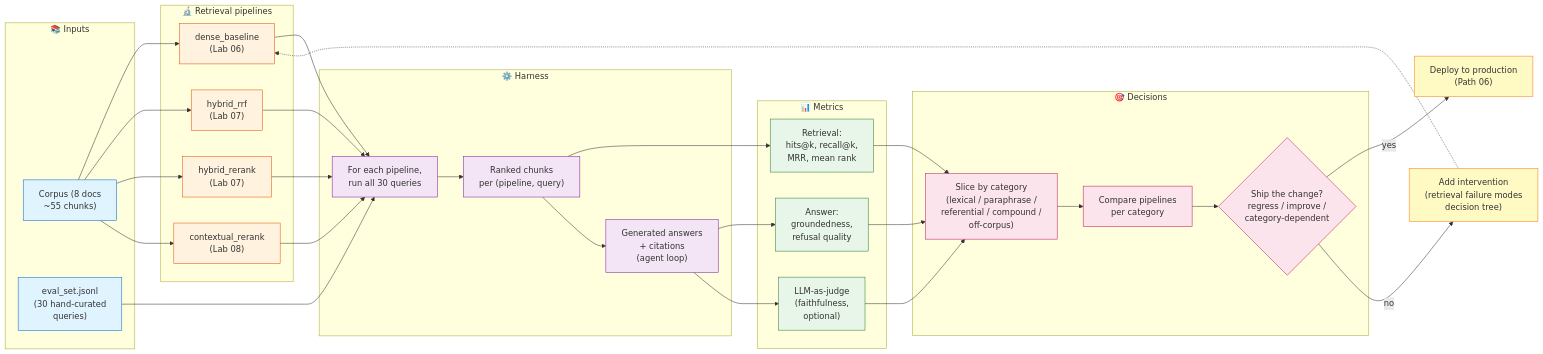
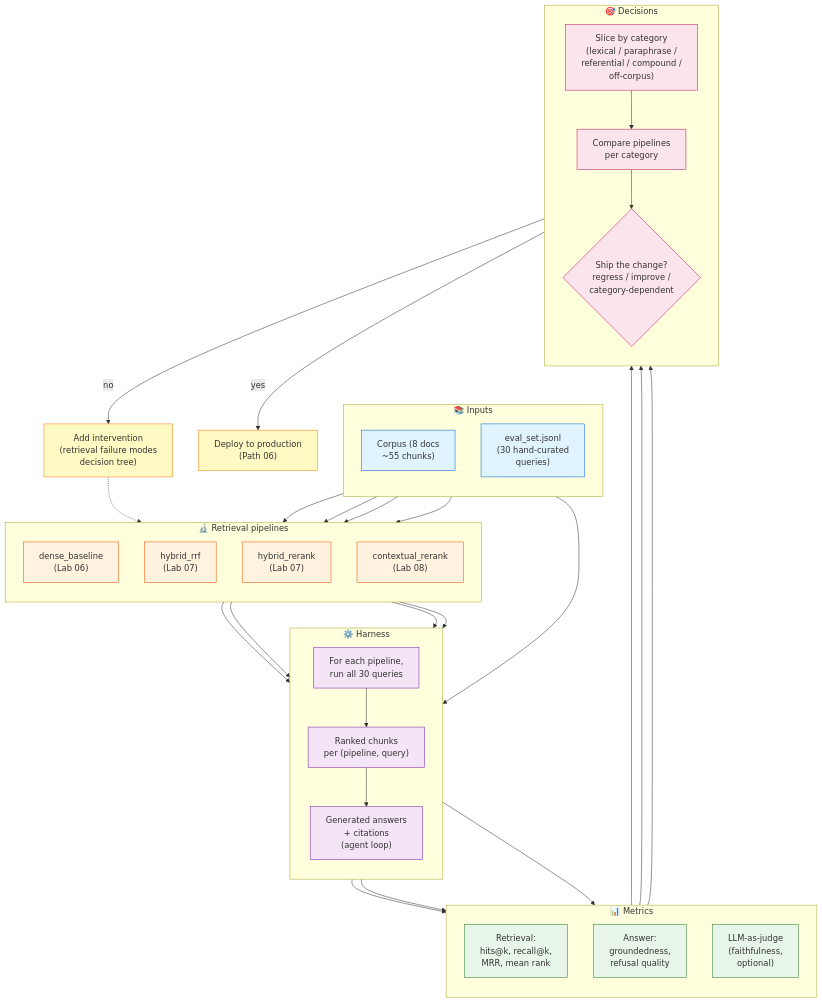
One commit to MHHamdan/Agentic-AI-Engineer changed the diagram in diagrams/rag-evaluation-loop.mmd. Above: the diagram before and after it, drawn with Mermaid.

Commit message:
Refactor RAG evaluation loop diagram structure

```diff
--- a/diagrams/rag-evaluation-loop.mmd
+++ b/diagrams/rag-evaluation-loop.mmd
@@ -1,75 +1,77 @@
-flowchart LR
-    %% RAG evaluation loop:
-    %% corpus → eval set → strategies → answers → metrics → decision
-
+flowchart TD
     subgraph INPUTS["📚 Inputs"]
+        direction TB
         corpus["Corpus (8 docs<br/>~55 chunks)"]
         eval_set["eval_set.jsonl<br/>(30 hand-curated<br/>queries)"]
     end
 
     subgraph PIPELINES["🔬 Retrieval pipelines"]
+        direction TB
         baseline["dense_baseline<br/>(Lab 06)"]
         hybrid_rrf["hybrid_rrf<br/>(Lab 07)"]
         hybrid_rerank["hybrid_rerank<br/>(Lab 07)"]
         contextual["contextual_rerank<br/>(Lab 08)"]
     end
 
     subgraph HARNESS["⚙️ Harness"]
+        direction TB
         run["For each pipeline,<br/>run all 30 queries"]
         chunks["Ranked chunks<br/>per (pipeline, query)"]
         answers["Generated answers<br/>+ citations<br/>(agent loop)"]
     end
 
     subgraph METRICS["📊 Metrics"]
+        direction TB
         retrieval_m["Retrieval:<br/>hits@k, recall@k,<br/>MRR, mean rank"]
         answer_m["Answer:<br/>groundedness,<br/>refusal quality"]
         judge["LLM-as-judge<br/>(faithfulness,<br/>optional)"]
     end
 
     subgraph DECISIONS["🎯 Decisions"]
+        direction TB
         slice["Slice by category<br/>(lexical / paraphrase /<br/>referential / compound /<br/>off-corpus)"]
         compare["Compare pipelines<br/>per category"]
         ship{"Ship the change?<br/>regress / improve /<br/>category-dependent"}
     end
 
     corpus --> baseline
     corpus --> hybrid_rrf
     corpus --> hybrid_rerank
     corpus --> contextual
 
     eval_set --> run
 
     baseline --> run
     hybrid_rrf --> run
     hybrid_rerank --> run
     contextual --> run
 
     run --> chunks
     chunks --> retrieval_m
     chunks --> answers
     answers --> answer_m
     answers --> judge
 
     retrieval_m --> slice
     answer_m --> slice
     judge --> slice
     slice --> compare
     compare --> ship
 
     ship -- "yes" --> production["Deploy to production<br/>(Path 06)"]
     ship -- "no" --> intervene["Add intervention<br/>(retrieval failure modes<br/>decision tree)"]
     intervene -.-> baseline
 
-    classDef inputBox fill:#e0f4ff,stroke:#0066cc,stroke-width:1px
-    classDef pipelineBox fill:#fff3e0,stroke:#e65100,stroke-width:1px
-    classDef harnessBox fill:#f3e5f5,stroke:#7b1fa2,stroke-width:1px
-    classDef metricsBox fill:#e8f5e9,stroke:#2e7d32,stroke-width:1px
-    classDef decisionBox fill:#fce4ec,stroke:#c2185b,stroke-width:1px
-    classDef outputBox fill:#fff9c4,stroke:#f57f17,stroke-width:1px
+    classDef inputBox fill:#e0f4ff,stroke:#0066cc,stroke-width:1px;
+    classDef pipelineBox fill:#fff3e0,stroke:#e65100,stroke-width:1px;
+    classDef harnessBox fill:#f3e5f5,stroke:#7b1fa2,stroke-width:1px;
+    classDef metricsBox fill:#e8f5e9,stroke:#2e7d32,stroke-width:1px;
+    classDef decisionBox fill:#fce4ec,stroke:#c2185b,stroke-width:1px;
+    classDef outputBox fill:#fff9c4,stroke:#f57f17,stroke-width:1px;
 
-    class corpus,eval_set inputBox
-    class baseline,hybrid_rrf,hybrid_rerank,contextual pipelineBox
-    class run,chunks,answers harnessBox
-    class retrieval_m,answer_m,judge metricsBox
-    class slice,compare,ship decisionBox
-    class production,intervene outputBox
+    class corpus,eval_set inputBox;
+    class baseline,hybrid_rrf,hybrid_rerank,contextual pipelineBox;
+    class run,chunks,answers harnessBox;
+    class retrieval_m,answer_m,judge metricsBox;
+    class slice,compare,ship decisionBox;
+    class production,intervene outputBox;
```
